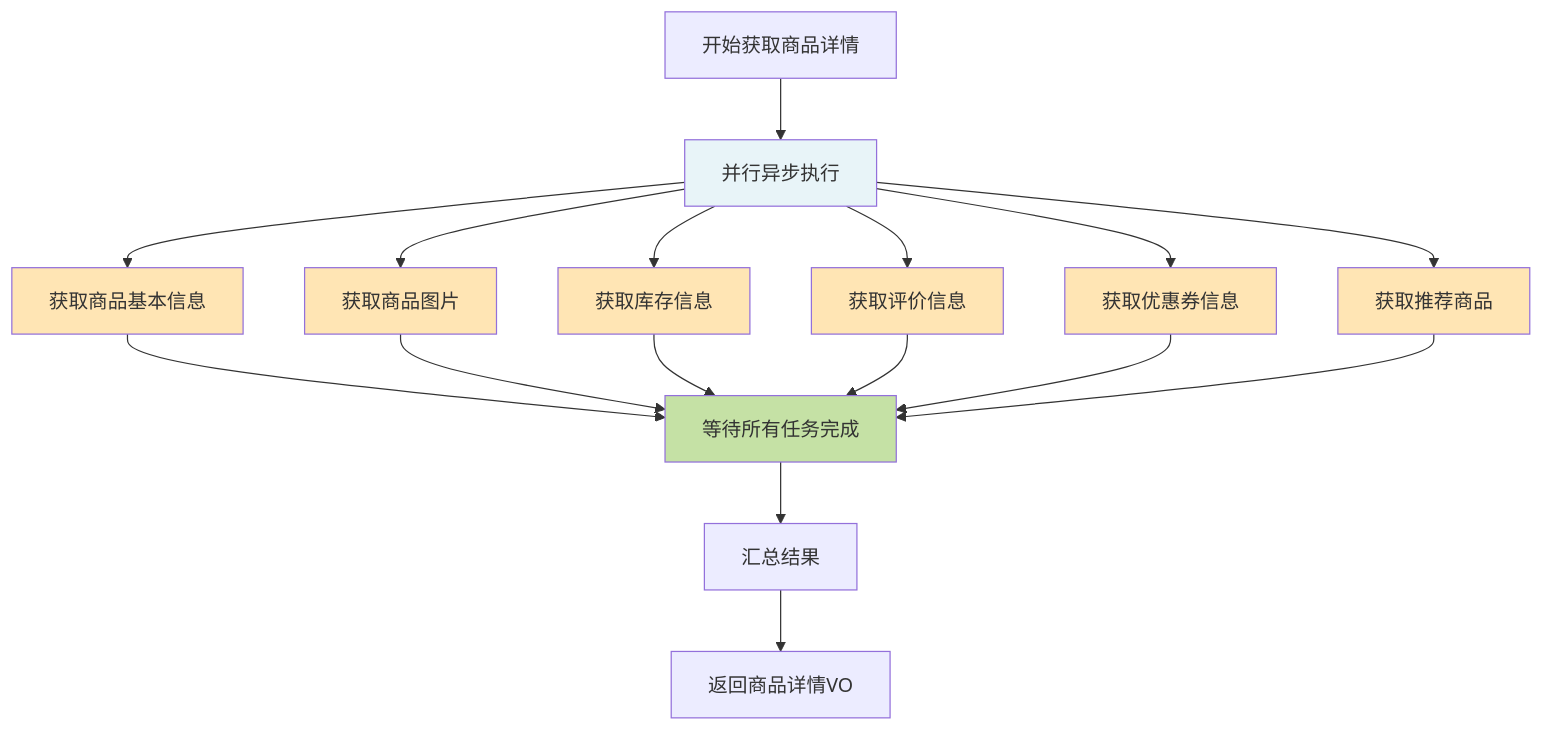
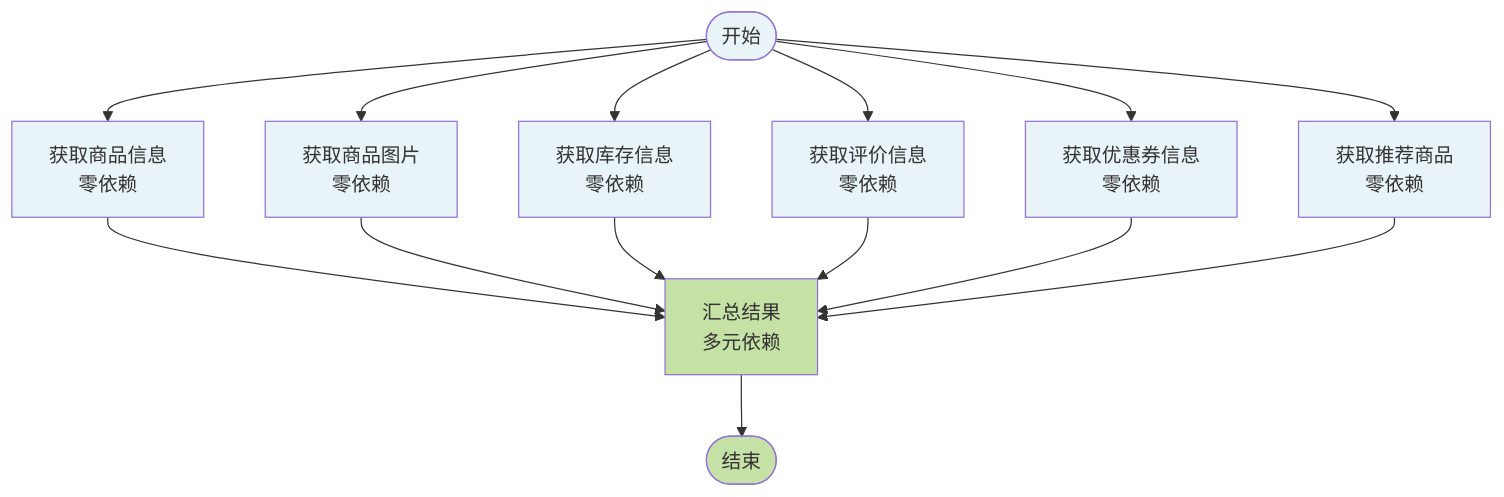
One commit to vanchan5/dolphinscheduler changed the ninth of 22 diagrams in 1-知识点/1-线程安全/异步编程/1-CompletableFuture.md. Above: the diagram before and after it, drawn with Mermaid. The commit also changed other lines of this file and 1 other file, not shown here.

````diff
--- a/1-知识点/1-线程安全/异步编程/1-CompletableFuture.md
+++ b/1-知识点/1-线程安全/异步编程/1-CompletableFuture.md
@@ -570,30 +520,28 @@
 ```mermaid
-graph TD
-    A[开始获取商品详情] --> B[并行异步执行]
+flowchart TD
+    Start([开始]) --> T1[获取商品信息<br/>零依赖]
+    Start --> T2[获取商品图片<br/>零依赖]
+    Start --> T3[获取库存信息<br/>零依赖]
+    Start --> T4[获取评价信息<br/>零依赖]
+    Start --> T5[获取优惠券信息<br/>零依赖]
+    Start --> T6[获取推荐商品<br/>零依赖]
     
-    B --> C1[获取商品基本信息]
-    B --> C2[获取商品图片]
-    B --> C3[获取库存信息]
-    B --> C4[获取评价信息]
-    B --> C5[获取优惠券信息]
-    B --> C6[获取推荐商品]
+    T1 --> T7[汇总结果<br/>多元依赖]
+    T2 --> T7
+    T3 --> T7
+    T4 --> T7
+    T5 --> T7
+    T6 --> T7
     
-    C1 --> D[等待所有任务完成]
-    C2 --> D
-    C3 --> D
-    C4 --> D
-    C5 --> D
-    C6 --> D
+    T7 --> End([结束])
     
-    D --> E[汇总结果]
-    E --> F[返回商品详情VO]
-    
-    style B fill:#E8F4F8
-    style C1 fill:#FFE5B4
-    style C2 fill:#FFE5B4
-    style C3 fill:#FFE5B4
-    style C4 fill:#FFE5B4
-    style C5 fill:#FFE5B4
-    style C6 fill:#FFE5B4
-    style D fill:#C5E1A5
+    style Start fill:#E8F4F8
+    style T1 fill:#E8F4F8
+    style T2 fill:#E8F4F8
+    style T3 fill:#E8F4F8
+    style T4 fill:#E8F4F8
+    style T5 fill:#E8F4F8
+    style T6 fill:#E8F4F8
+    style T7 fill:#C5E1A5
+    style End fill:#C5E1A5
 ```
````
